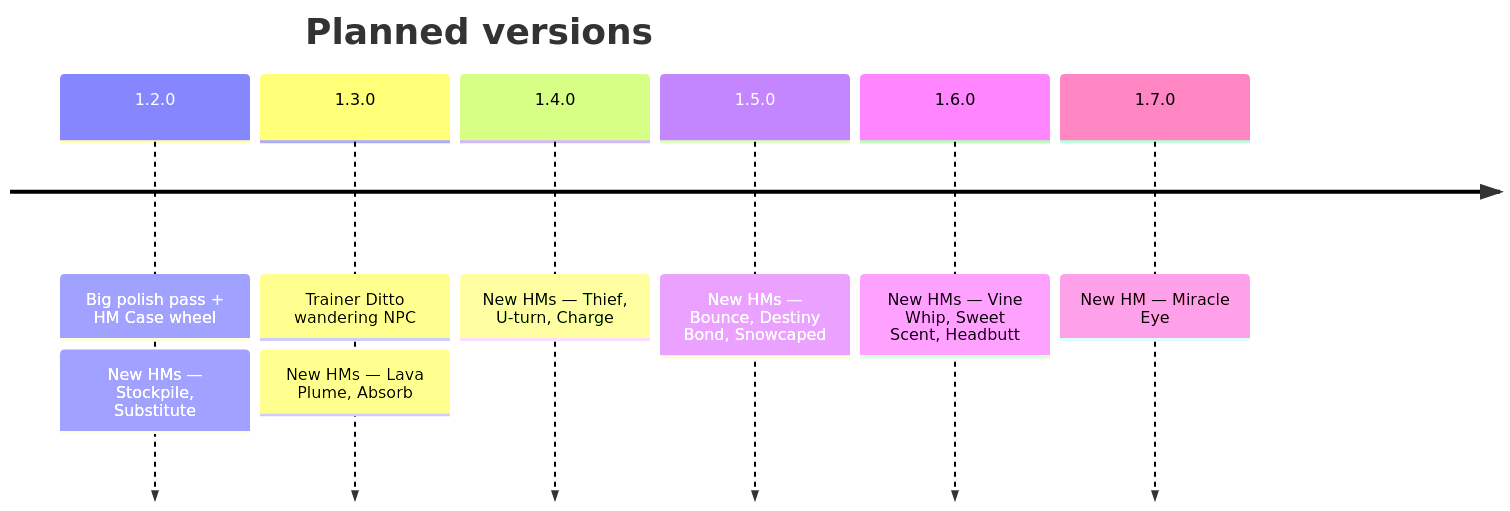
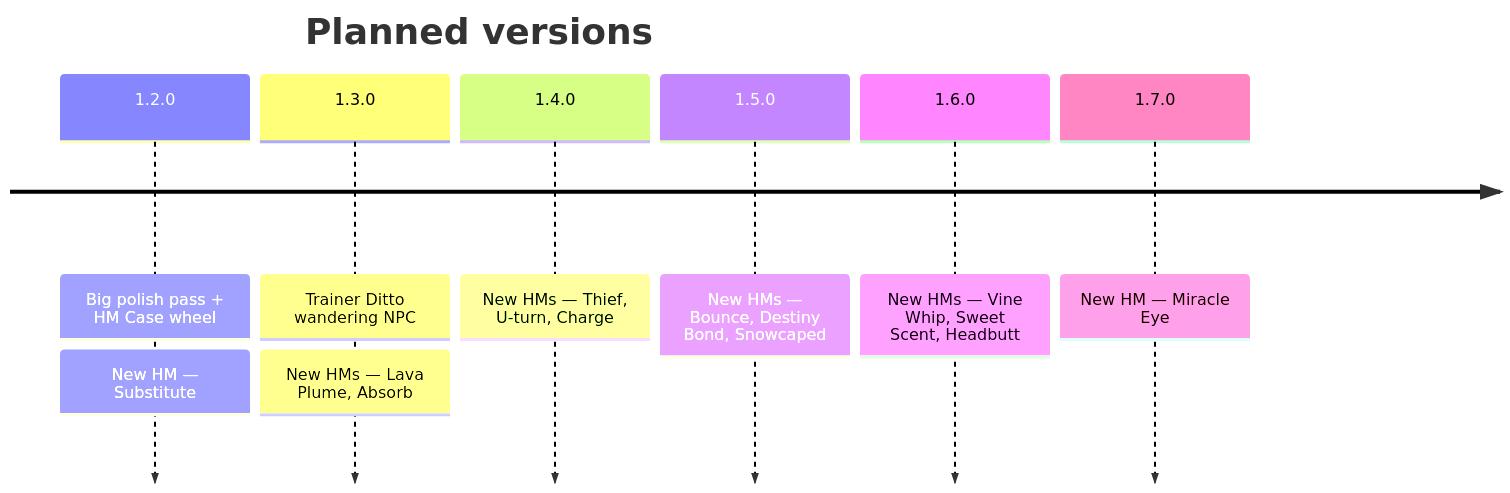
Before and after one commit to manucruzleiva/mod-wiki: the diagram in docs/ditto-hms/roadmap.md, drawn with Mermaid. The commit also changed other lines of this file and 6 other files, not shown here.

````diff
--- a/docs/ditto-hms/roadmap.md
+++ b/docs/ditto-hms/roadmap.md
@@ -8,10 +8,10 @@
 ```mermaid
 timeline
     title Planned versions
-    1.2.0 : Big polish pass + HM Case wheel : New HMs — Stockpile, Substitute
+    1.2.0 : Big polish pass + HM Case wheel : New HM — Substitute
     1.3.0 : Trainer Ditto wandering NPC : New HMs — Lava Plume, Absorb
     1.4.0 : New HMs — Thief, U-turn, Charge
     1.5.0 : New HMs — Bounce, Destiny Bond, Snowcaped
     1.6.0 : New HMs — Vine Whip, Sweet Scent, Headbutt
     1.7.0 : New HM — Miracle Eye
 ```
````
